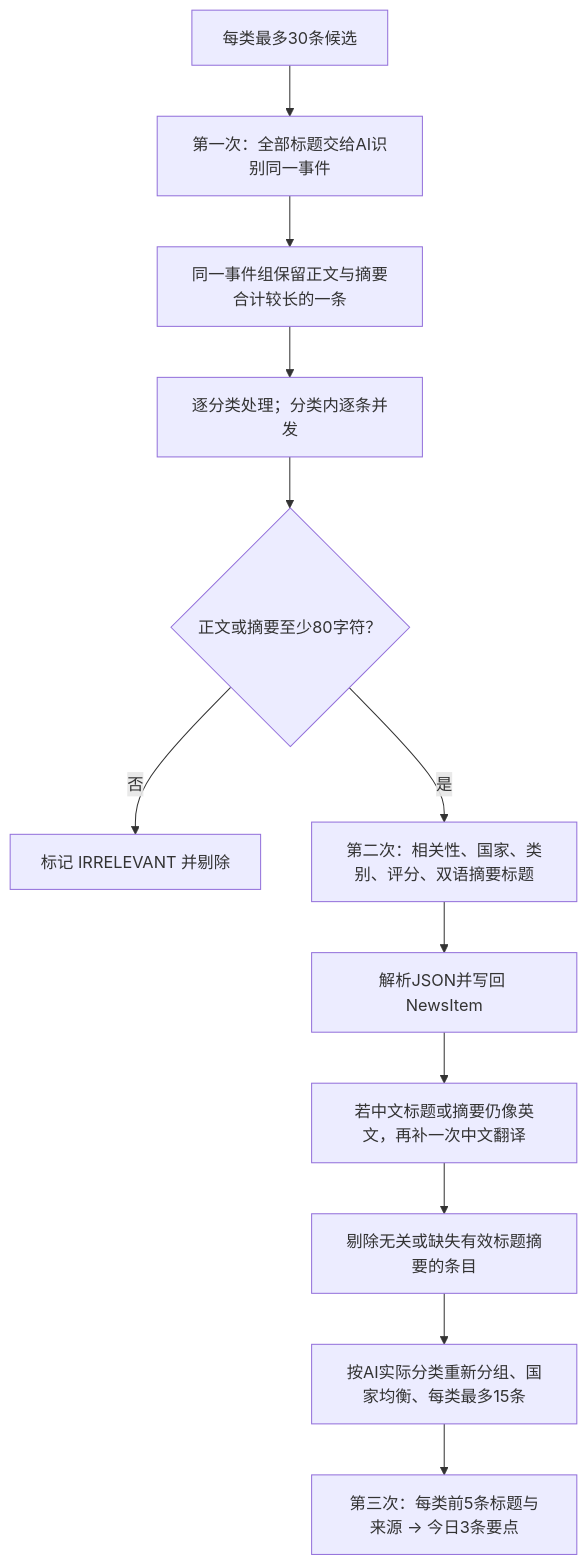
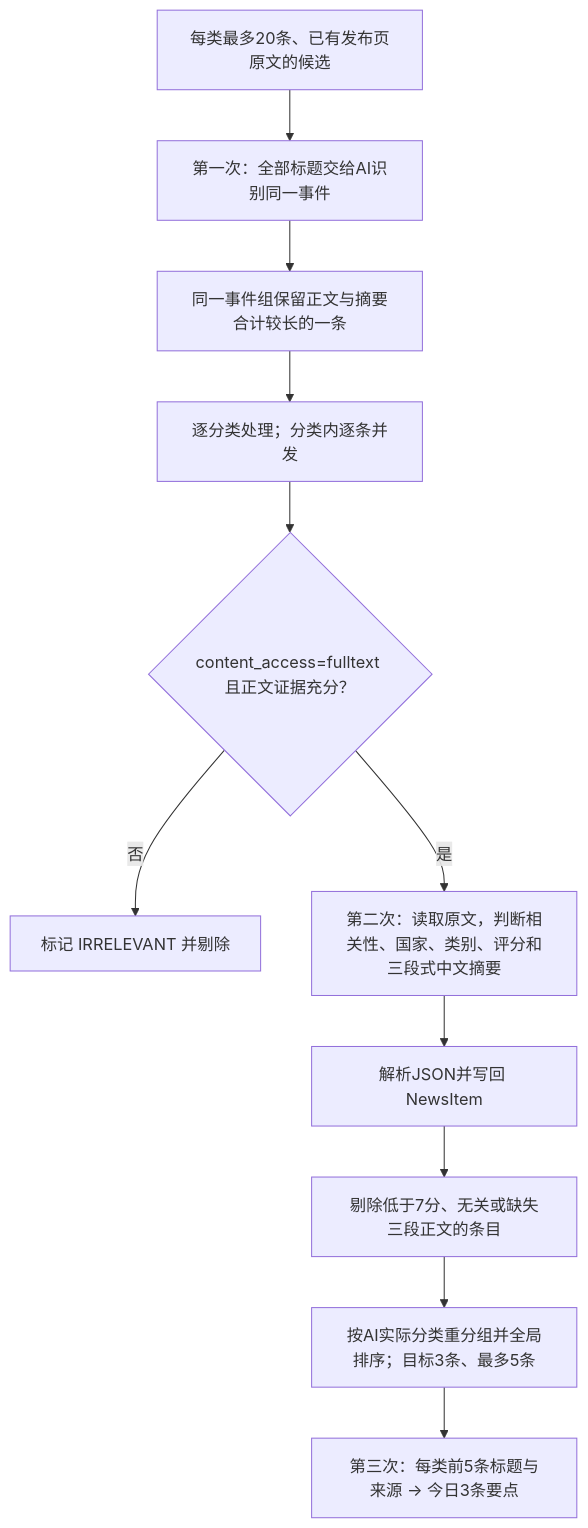
The second of 5 diagrams in docs/LOGIC.md (Amanda-s-UXR-Team/weekly-report), drawn with Mermaid before and after one commit. The commit also changed other lines of this file and 13 other files, not shown here.

````diff
--- a/docs/LOGIC.md
+++ b/docs/LOGIC.md
@@ -49,14 +53,13 @@
 ```mermaid
 flowchart TD
-    candidates["每类最多30条候选"] --> semantic["第一次：全部标题交给AI识别同一事件"]
+    candidates["每类最多20条、已有发布页原文的候选"] --> semantic["第一次：全部标题交给AI识别同一事件"]
     semantic --> longest["同一事件组保留正文与摘要合计较长的一条"]
     longest --> batch["逐分类处理；分类内逐条并发"]
-    batch --> quality{"正文或摘要至少80字符？"}
+    batch --> quality{"content_access=fulltext 且正文证据充分？"}
     quality -->|"否"| drop["标记 IRRELEVANT 并剔除"]
-    quality -->|"是"| review["第二次：相关性、国家、类别、评分、双语摘要标题"]
+    quality -->|"是"| review["第二次：读取原文，判断相关性、国家、类别、评分和三段式中文摘要"]
     review --> json["解析JSON并写回 NewsItem"]
-    json --> translate["若中文标题或摘要仍像英文，再补一次中文翻译"]
-    translate --> validate["剔除无关或缺失有效标题摘要的条目"]
-    validate --> regroup["按AI实际分类重新分组、国家均衡、每类最多15条"]
+    json --> validate["剔除低于7分、无关或缺失三段正文的条目"]
+    validate --> regroup["按AI实际分类重分组并全局排序；目标3条、最多5条"]
     regroup --> highlights["第三次：每类前5条标题与来源 → 今日3条要点"]
 ```
````
